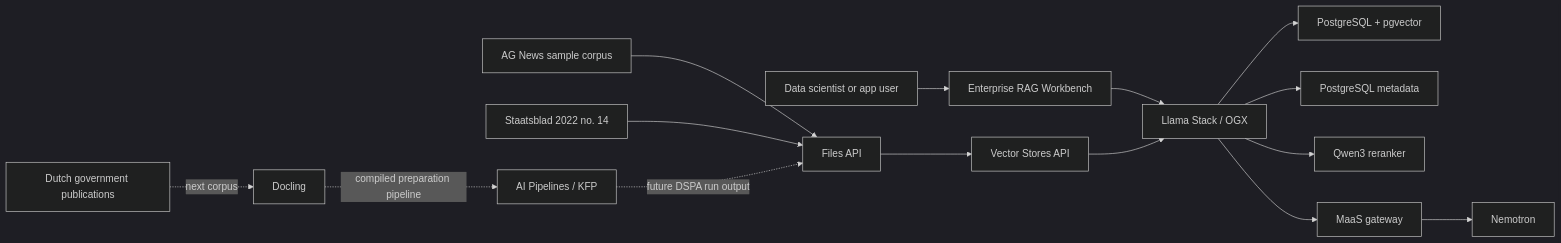
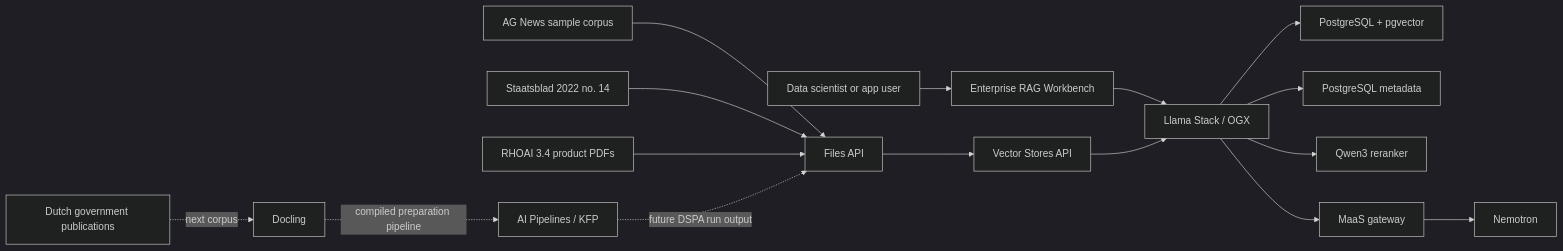
One commit to adnan-drina/rhoai3-demo changed the diagram in stage-230-private-data-rag/README.md. Above: the diagram before and after it, drawn with Mermaid (dark theme). The commit also changed other lines of this file and 13 other files, not shown here.

Commit message:
feat(stage-230): add rhoai product docs rag corpus

````diff
--- a/stage-230-private-data-rag/README.md
+++ b/stage-230-private-data-rag/README.md
@@ -79,33 +92,35 @@
 ```mermaid
 flowchart LR
   user["Data scientist or app user"]
   corpus["AG News sample corpus"]
   dutch["Staatsblad 2022 no. 14"]
+  rhoai_docs["RHOAI 3.4 product PDFs"]
   files["Files API"]
   vectors["Vector Stores API"]
   stack["Llama Stack / OGX"]
   pgvector["PostgreSQL + pgvector"]
   pg["PostgreSQL metadata"]
   reranker["Qwen3 reranker"]
   workbench["Enterprise RAG Workbench"]
   maas["MaaS gateway"]
   nemotron["Nemotron"]
   nl_docs["Dutch government publications"]
   docling["Docling"]
   kfp["AI Pipelines / KFP"]
 
   user --> workbench
   workbench --> stack
   corpus --> files
   dutch --> files
+  rhoai_docs --> files
   files --> vectors
   vectors --> stack
   stack --> pgvector
   stack --> pg
   stack --> reranker
   stack --> maas
   maas --> nemotron
   nl_docs -. "next corpus" .-> docling
   docling -. "compiled preparation pipeline" .-> kfp
   kfp -. "future DSPA run output" .-> files
 ```
````
